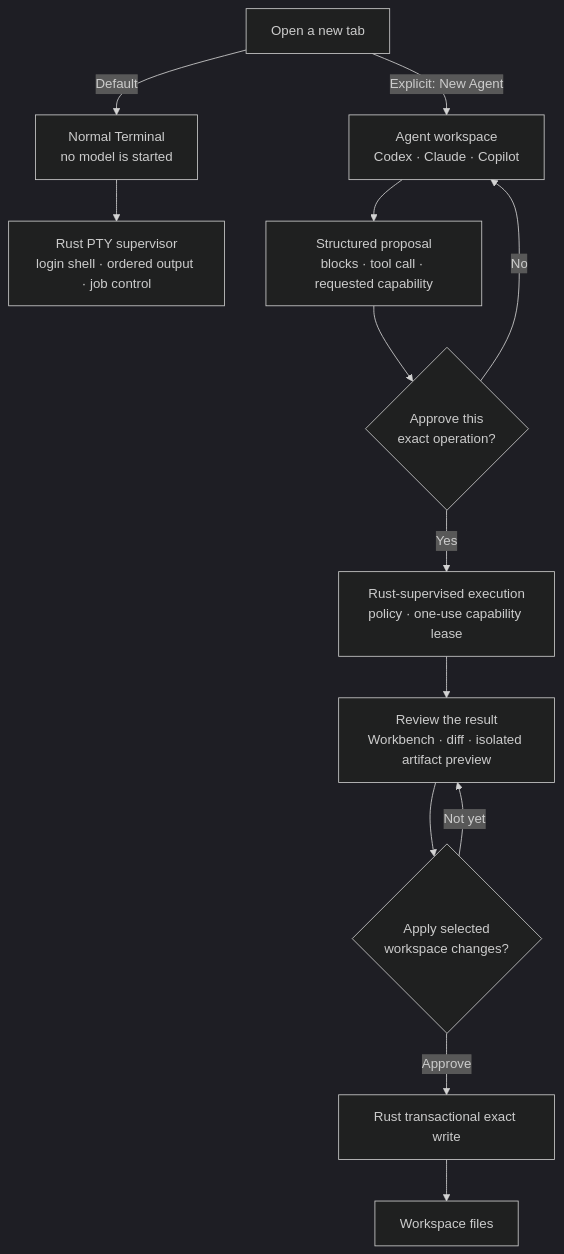
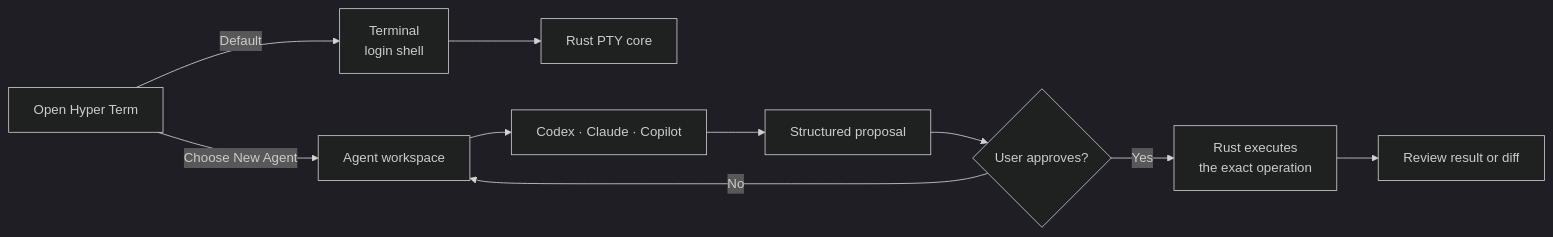
The diagram in README.md (phodal/hyper-term), drawn with Mermaid (dark theme) before and after one commit. The commit also changed other lines of this file, not shown here.

````diff
--- a/README.md
+++ b/README.md
@@ -91,18 +45,12 @@
 ```mermaid
-flowchart TB
-    START["Open a new tab"]
-
-    START -->|"Default"| TERMINAL["Normal Terminal<br/>no model is started"]
-    TERMINAL --> PTY["Rust PTY supervisor<br/>login shell · ordered output · job control"]
-
-    START -->|"Explicit: New Agent"| AGENT["Agent workspace<br/>Codex · Claude · Copilot"]
-    AGENT --> PROPOSAL["Structured proposal<br/>blocks · tool call · requested capability"]
-    PROPOSAL --> APPROVE{"Approve this<br/>exact operation?"}
-    APPROVE -->|"No"| AGENT
-    APPROVE -->|"Yes"| EXECUTE["Rust-supervised execution<br/>policy · one-use capability lease"]
-    EXECUTE --> REVIEW["Review the result<br/>Workbench · diff · isolated artifact preview"]
-    REVIEW --> APPLY{"Apply selected<br/>workspace changes?"}
-    APPLY -->|"Not yet"| REVIEW
-    APPLY -->|"Approve"| WRITE["Rust transactional exact write"]
-    WRITE --> WORKSPACE["Workspace files"]
+flowchart LR
+    OPEN["Open Hyper Term"] -->|"Default"| TERMINAL["Terminal<br/>login shell"]
+    OPEN -->|"Choose New Agent"| AGENT["Agent workspace"]
+    AGENT --> PROVIDER["Codex · Claude · Copilot"]
+    PROVIDER --> PROPOSAL["Structured proposal"]
+    PROPOSAL --> APPROVAL{"User approves?"}
+    APPROVAL -->|Yes| RUST["Rust executes<br/>the exact operation"]
+    APPROVAL -->|No| AGENT
+    TERMINAL --> CORE["Rust PTY core"]
+    RUST --> RESULT["Review result or diff"]
 ```
````
